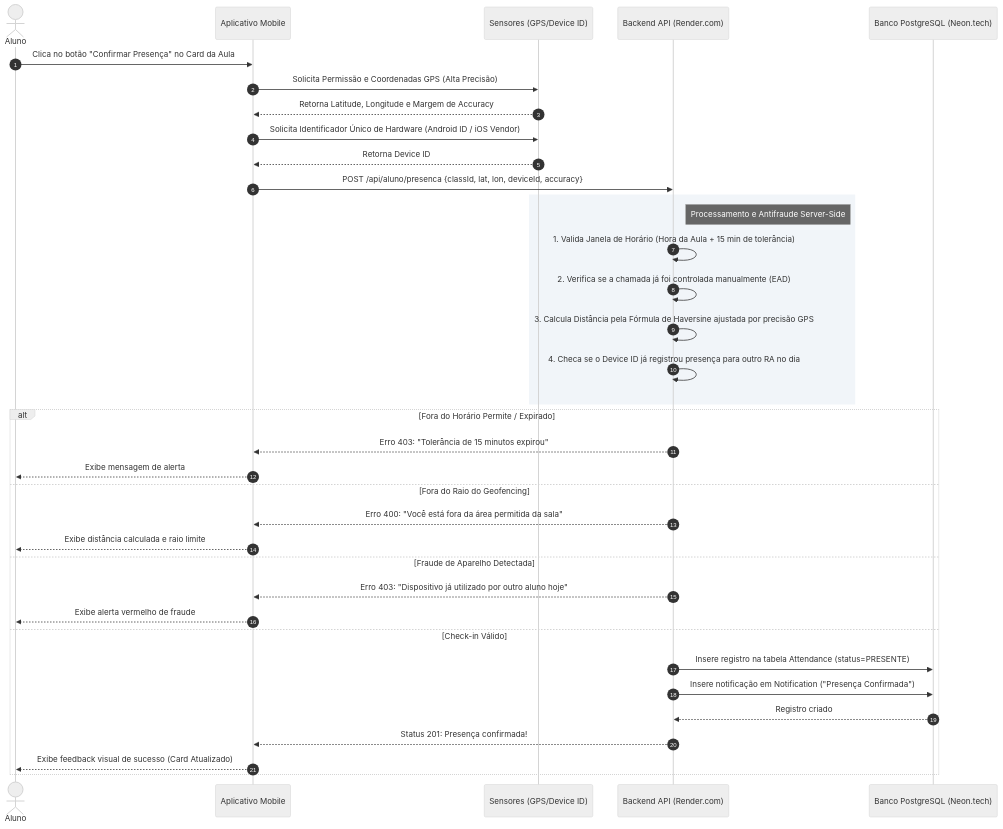
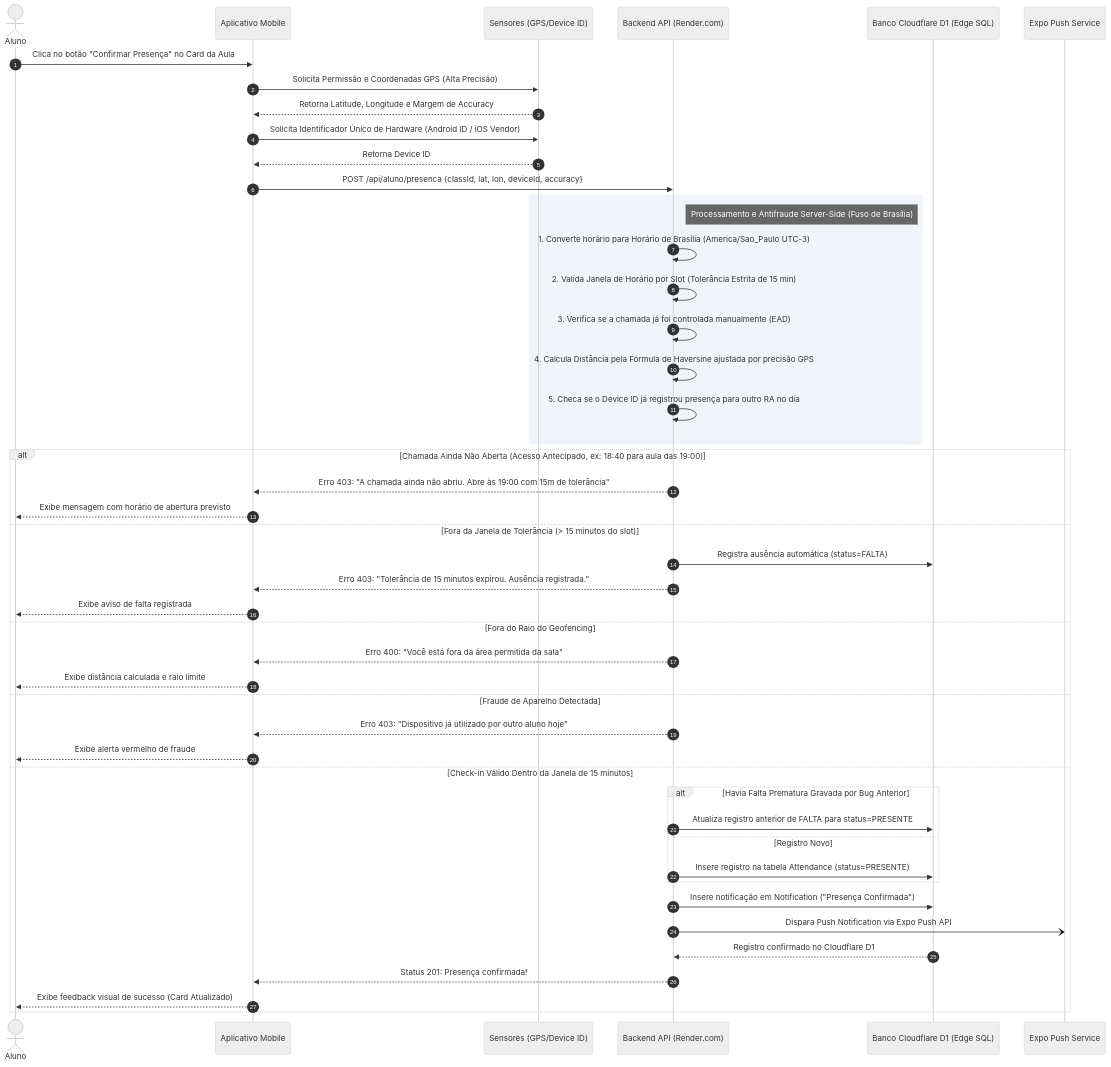
One commit to caneschi-lais/geoclass changed the second of 24 diagrams in documentacao/diagramas/fluxos.md. Above: the diagram before and after it, drawn with Mermaid (neutral theme). The commit also changed other lines of this file and 4 other files, not shown here.

Commit message:
docs: add detailed system documentation including use cases, database ERD, flows, and architecture

````diff
--- a/documentacao/diagramas/fluxos.md
+++ b/documentacao/diagramas/fluxos.md
@@ -51,42 +57,53 @@
 ```mermaid
 sequenceDiagram
     autonumber
     actor Aluno
     participant App as Aplicativo Mobile
     participant Hardware as Sensores (GPS/Device ID)
     participant API as Backend API (Render.com)
-    participant DB as Banco PostgreSQL (Neon.tech)
+    participant DB as Banco Cloudflare D1 (Edge SQL)
+    participant Push as Expo Push Service
 
     Aluno->>App: Clica no botão "Confirmar Presença" no Card da Aula
     App->>Hardware: Solicita Permissão e Coordenadas GPS (Alta Precisão)
     Hardware-->>App: Retorna Latitude, Longitude e Margem de Accuracy
     App->>Hardware: Solicita Identificador Único de Hardware (Android ID / iOS Vendor)
     Hardware-->>App: Retorna Device ID
 
     App->>API: POST /api/aluno/presenca {classId, lat, lon, deviceId, accuracy}
 
     rect rgb(241, 245, 249)
-        note right of API: Processamento e Antifraude Server-Side
-        API->>API: 1. Valida Janela de Horário (Hora da Aula + 15 min de tolerância)
-        API->>API: 2. Verifica se a chamada já foi controlada manualmente (EAD)
-        API->>API: 3. Calcula Distância pela Fórmula de Haversine ajustada por precisão GPS
-        API->>API: 4. Checa se o Device ID já registrou presença para outro RA no dia
+        note right of API: Processamento e Antifraude Server-Side (Fuso de Brasília)
+        API->>API: 1. Converte horário para Horário de Brasília (America/Sao_Paulo UTC-3)
+        API->>API: 2. Valida Janela de Horário por Slot (Tolerância Estrita de 15 min)
+        API->>API: 3. Verifica se a chamada já foi controlada manualmente (EAD)
+        API->>API: 4. Calcula Distância pela Fórmula de Haversine ajustada por precisão GPS
+        API->>API: 5. Checa se o Device ID já registrou presença para outro RA no dia
     end
 
-    alt Fora do Horário Permite / Expirado
-        API-->>App: Erro 403: "Tolerância de 15 minutos expirou"
-        App-->>Aluno: Exibe mensagem de alerta
+    alt Chamada Ainda Não Aberta (Acesso Antecipado, ex: 18:40 para aula das 19:00)
+        API-->>App: Erro 403: "A chamada ainda não abriu. Abre às 19:00 com 15m de tolerância"
+        App-->>Aluno: Exibe mensagem com horário de abertura previsto
+    else Fora da Janela de Tolerância (> 15 minutos do slot)
+        API->>DB: Registra ausência automática (status=FALTA)
+        API-->>App: Erro 403: "Tolerância de 15 minutos expirou. Ausência registrada."
+        App-->>Aluno: Exibe aviso de falta registrada
     else Fora do Raio do Geofencing
         API-->>App: Erro 400: "Você está fora da área permitida da sala"
         App-->>Aluno: Exibe distância calculada e raio limite
     else Fraude de Aparelho Detectada
         API-->>App: Erro 403: "Dispositivo já utilizado por outro aluno hoje"
         App-->>Aluno: Exibe alerta vermelho de fraude
-    else Check-in Válido
-        API->>DB: Insere registro na tabela Attendance (status=PRESENTE)
+    else Check-in Válido Dentro da Janela de 15 minutos
+        alt Havia Falta Prematura Gravada por Bug Anterior
+            API->>DB: Atualiza registro anterior de FALTA para status=PRESENTE
+        else Registro Novo
+            API->>DB: Insere registro na tabela Attendance (status=PRESENTE)
+        end
         API->>DB: Insere notificação em Notification ("Presença Confirmada")
-        DB-->>API: Registro criado
+        API-)Push: Dispara Push Notification via Expo Push API
+        DB-->>API: Registro confirmado no Cloudflare D1
         API-->>App: Status 201: Presença confirmada!
         App-->>Aluno: Exibe feedback visual de sucesso (Card Atualizado)
     end
 ```
````
